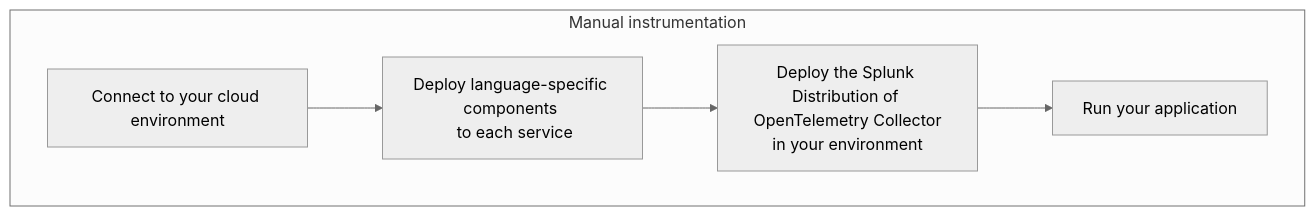
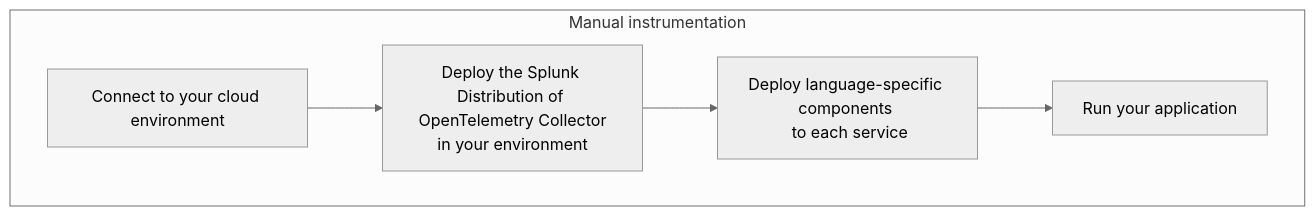
The first of 2 diagrams in gdi/opentelemetry/zero-config.rst (splunk/public-o11y-docs), drawn with Mermaid (neutral theme) before and after one commit. The commit also changed 1 other file, not shown here.

Commit message:
jeff and josh suggestions

```diff
--- a/gdi/opentelemetry/zero-config.rst
+++ b/gdi/opentelemetry/zero-config.rst
@@ -23,14 +23,14 @@
 .. mermaid::
 
    flowchart TB
       subgraph "Manual instrumentation"
       A["Connect to your cloud environment"]
 
-      C["Deploy the Splunk Distribution of \n OpenTelemetry Collector in your environment"]
+      B["Deploy the Splunk Distribution of \n OpenTelemetry Collector in your environment"]
 
-      B["Deploy language-specific components \n to each service"]
+      C["Deploy language-specific components \n to each service"]
 
       D["Run your application"]
 
       A --> B --> C --> D
       end
```
